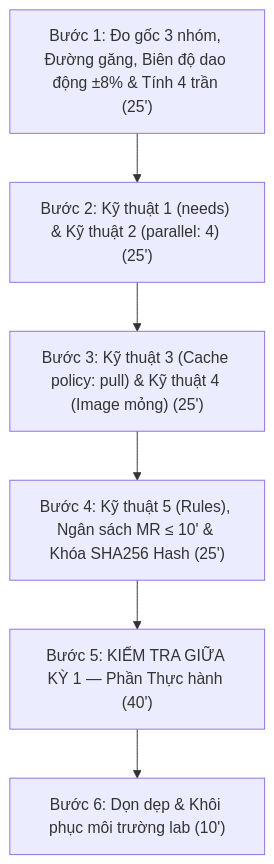
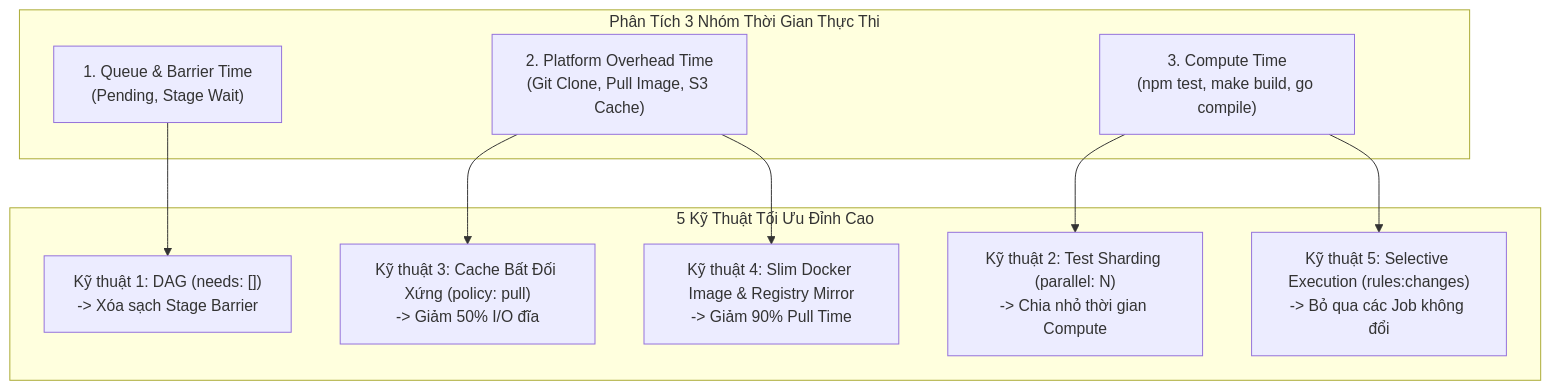
Before and after one commit to kiennt308/ntk: the first of 2 diagrams in _posts/2026-09-12-gitlab-14-14-toi-uu-thoi-gian-pipeline.md, drawn with Mermaid. The commit also changed other lines of this file and 48 other files, not shown here.

````diff
--- a/_posts/2026-09-12-gitlab-14-14-toi-uu-thoi-gian-pipeline.md
+++ b/_posts/2026-09-12-gitlab-14-14-toi-uu-thoi-gian-pipeline.md
@@ -697,8 +50,22 @@
 ```mermaid
 graph TD
-    Sub1["Bước 1: Đo gốc 3 nhóm, Đường găng, Biên độ dao động ±8% & Tính 4 trần (25')"] --> Sub2["Bước 2: Kỹ thuật 1 (needs) & Kỹ thuật 2 (parallel: 4) (25')"]
-    Sub2 --> Sub3["Bước 3: Kỹ thuật 3 (Cache policy: pull) & Kỹ thuật 4 (Image mỏng) (25')"]
-    Sub3 --> Sub4["Bước 4: Kỹ thuật 5 (Rules), Ngân sách MR ≤ 10' & Khóa SHA256 Hash (25')"]
-    Sub4 --> Sub5["Bước 5: KIỂM TRA GIỮA KỲ 1 — Phần Thực hành (40')"]
-    Sub5 --> Sub6["Bước 6: Dọn dẹp & Khôi phục môi trường lab (10')"]
+    subgraph TIME_BREAKDOWN["Phân Tích 3 Nhóm Thời Gian Thực Thi"]
+        T_QUEUE["1. Queue & Barrier Time<br/>(Pending, Stage Wait)"]
+        T_OVERHEAD["2. Platform Overhead Time<br/>(Git Clone, Pull Image, S3 Cache)"]
+        T_COMPUTE["3. Compute Time<br/>(npm test, make build, go compile)"]
+    end
+
+    subgraph OPTIMIZATION_TECHNIQUES["5 Kỹ Thuật Tối Ưu Đỉnh Cao"]
+        K1["Kỹ thuật 1: DAG (needs: [])<br/>-> Xóa sạch Stage Barrier"]
+        K2["Kỹ thuật 2: Test Sharding (parallel: N)<br/>-> Chia nhỏ thời gian Compute"]
+        K3["Kỹ thuật 3: Cache Bất Đối Xứng (policy: pull)<br/>-> Giảm 50% I/O đĩa"]
+        K4["Kỹ thuật 4: Slim Docker Image & Registry Mirror<br/>-> Giảm 90% Pull Time"]
+        K5["Kỹ thuật 5: Selective Execution (rules:changes)<br/>-> Bỏ qua các Job không đổi"]
+    end
+
+    T_QUEUE --> K1
+    T_COMPUTE --> K2
+    T_OVERHEAD --> K3
+    T_OVERHEAD --> K4
+    T_COMPUTE --> K5
 ```
````
